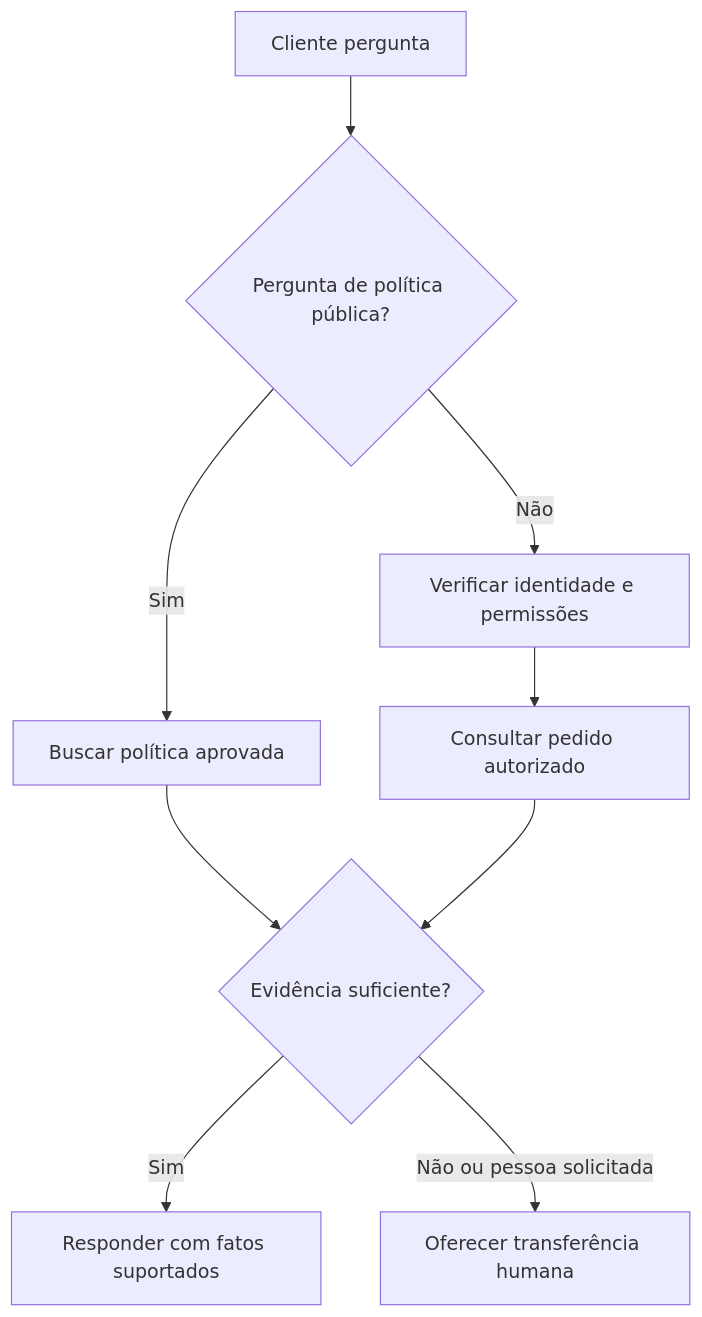
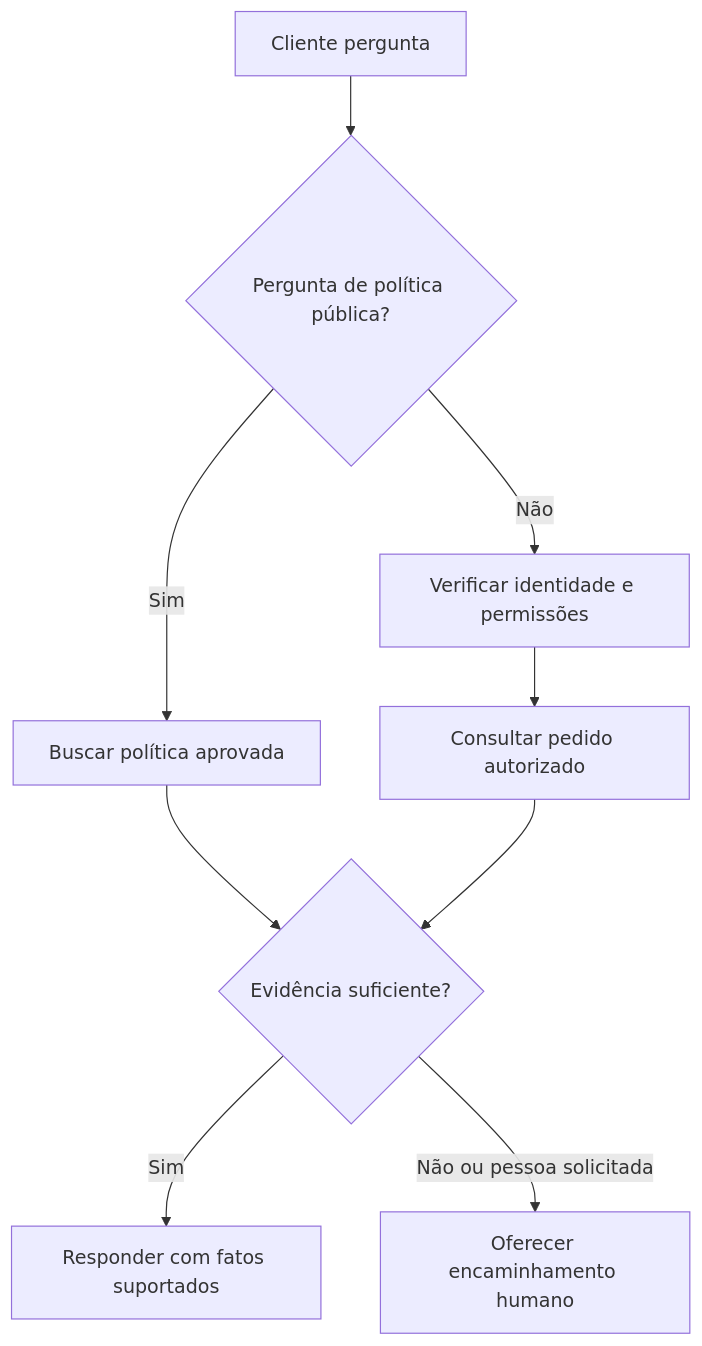
Before and after one commit to aivaxlabs/docs: the diagram in content/pt-br/learn/guides/customer-support-agent.md, drawn with Mermaid. The commit also changed other lines of this file and 66 other files, not shown here.

````diff
--- a/content/pt-br/learn/guides/customer-support-agent.md
+++ b/content/pt-br/learn/guides/customer-support-agent.md
@@ -78,11 +80,11 @@
 ```mermaid
 flowchart TD
     A[Cliente pergunta] --> B{Pergunta de política pública?}
     B -->|Sim| C[Buscar política aprovada]
     B -->|Não| D[Verificar identidade e permissões]
     D --> E[Consultar pedido autorizado]
     C --> F{Evidência suficiente?}
     E --> F
     F -->|Sim| G[Responder com fatos suportados]
-    F -->|Não ou pessoa solicitada| H[Oferecer transferência humana]
+    F -->|Não ou pessoa solicitada| H[Oferecer encaminhamento humano]
 ```
````
